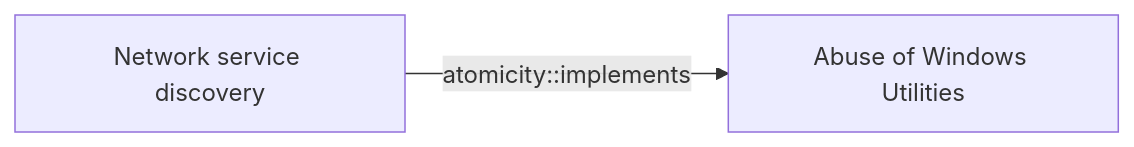
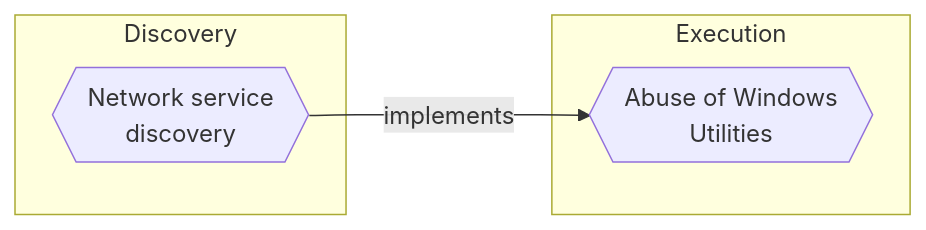
One commit to opentidehq/library changed the diagram in docs/threats/network-service-discovery.md. Above: the diagram before and after it, drawn with Mermaid. The commit also changed other lines of this file and 540 other files, not shown here.

````diff
--- a/docs/threats/network-service-discovery.md
+++ b/docs/threats/network-service-discovery.md
@@ -107,6 +162,10 @@
 ```mermaid
 flowchart LR
-fd0542bd_1541_42a7_8c07_0e073a198a53["Network service discovery"]
-d5039f2c_9fcc_4ba3_ad6a_da8c891ba745["Abuse of Windows Utilities"]
-fd0542bd_1541_42a7_8c07_0e073a198a53 -->|atomicity::implements| d5039f2c_9fcc_4ba3_ad6a_da8c891ba745
+subgraph "Discovery"
+fd0542bd_1541_42a7_8c07_0e073a198a53{{"Network service<br>discovery"}}
+end
+subgraph "Execution"
+d5039f2c_9fcc_4ba3_ad6a_da8c891ba745{{"Abuse of Windows<br>Utilities"}}
+end
+fd0542bd_1541_42a7_8c07_0e073a198a53 -->|implements| d5039f2c_9fcc_4ba3_ad6a_da8c891ba745
 ```
````
